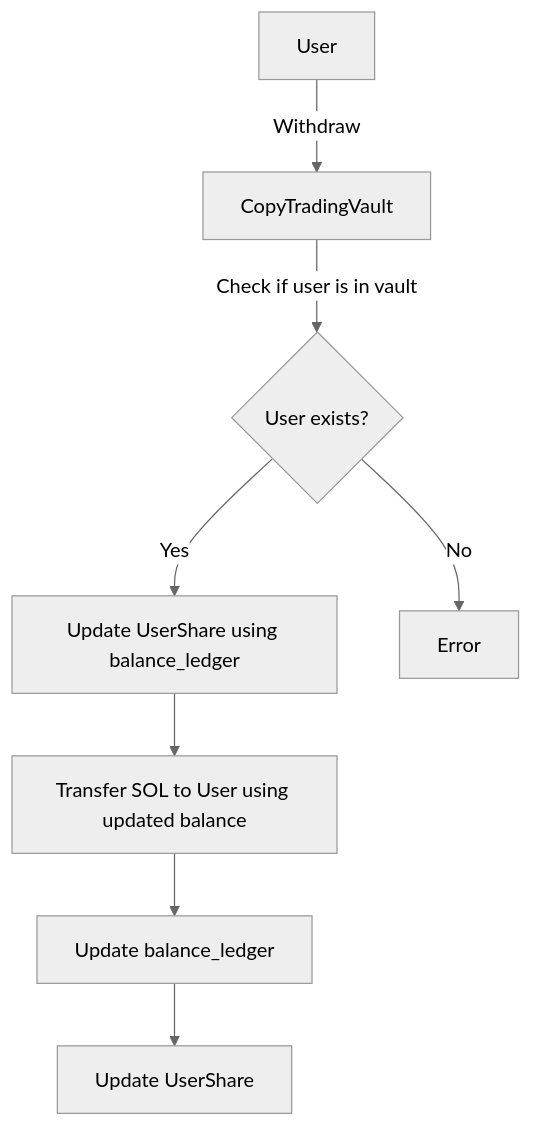
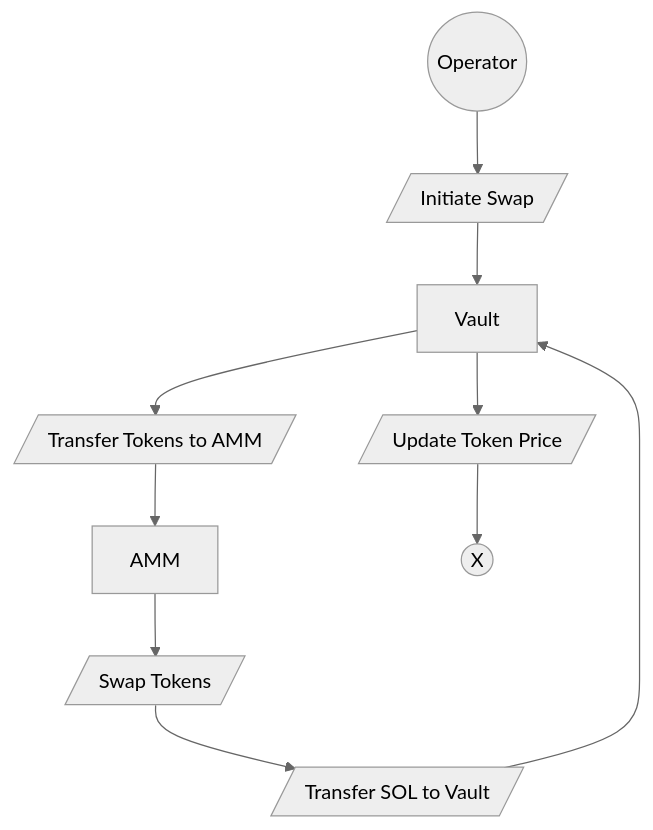
The seventh of 7 diagrams in docs/Architecture.md (n3m6/Q2_25_Builder_Faraz), drawn with Mermaid (neutral theme) before and after one commit. The commit also changed other lines of this file, not shown here.

````diff
--- a/docs/Architecture.md
+++ b/docs/Architecture.md
@@ -116,10 +130,12 @@
 ```mermaid
 flowchart TD
-    A[User] -->|Withdraw| B[CopyTradingVault]
-    B -->|Check if user is in vault| C{User exists?}
-    C -->|Yes| D[Update UserShare using balance_ledger]
-    C -->|No| E[Error]
-    D --> F[Transfer SOL to User using updated balance]
-    F --> G[Update balance_ledger]
-    G --> H[Update UserShare]
+    A((Operator)) -->B[/Initiate Swap/]
+    B --> C[Vault]
+    C --> D[/Transfer Tokens to AMM/]
+    D --> E[AMM]
+    E --> F[/Swap Tokens/]
+    F --> G[/Transfer SOL to Vault/]
+    G --> C
+    C --> H[/Update Token Price/]
+    H --> I((X))
 ```
````
